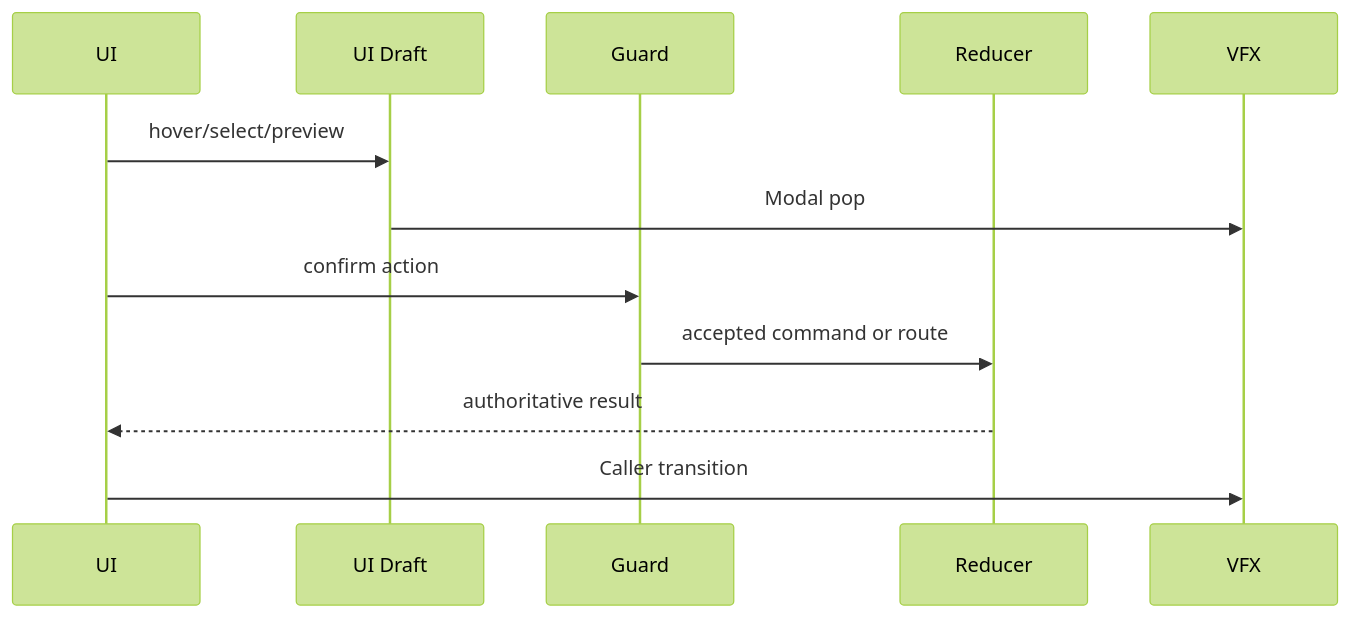
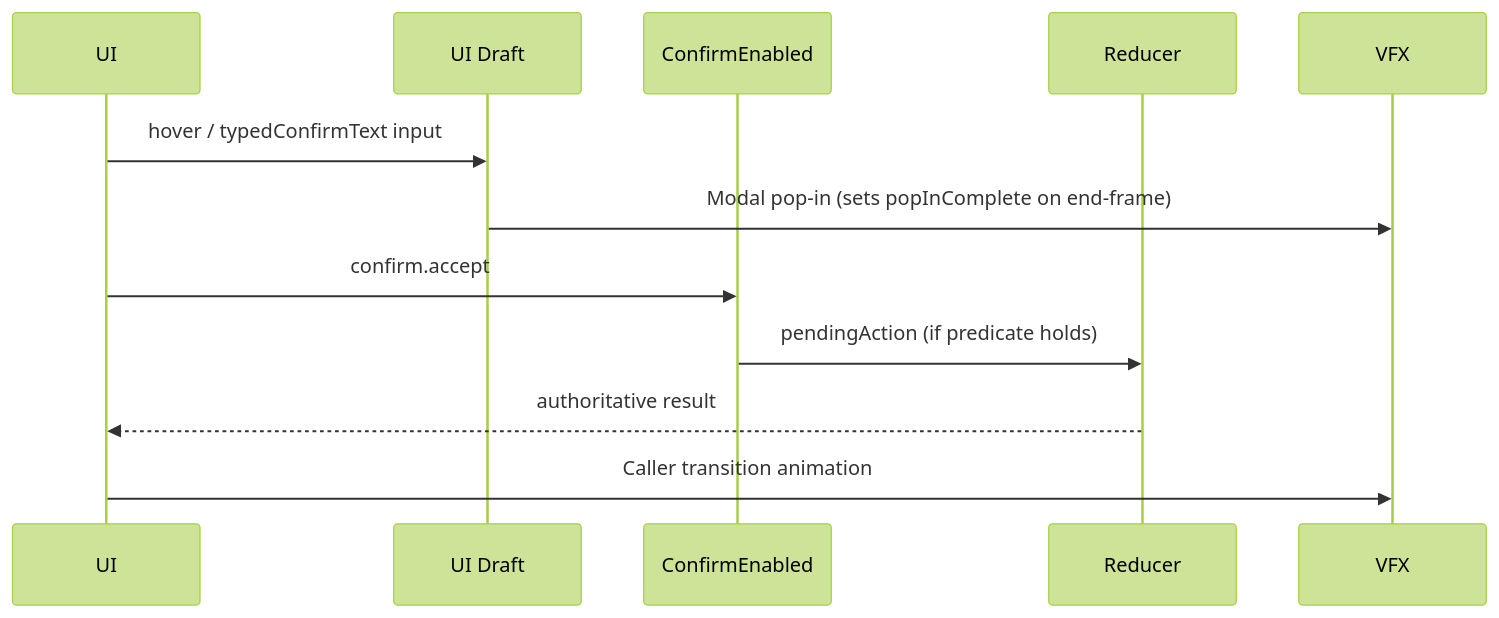
One commit to SunaNoOshiro/Heroes_Reforged_AI_Realms changed the fourth of 6 diagrams in docs/architecture/wiki/screens/60-confirmation-dialog/architecture.md. Above: the diagram before and after it, drawn with Mermaid (forest theme). The commit also changed other lines of this file and 518 other files, not shown here.

First line of the commit message:
Add doc-audit skill and sweep architecture/screen docs

````diff
--- a/docs/architecture/wiki/screens/60-confirmation-dialog/architecture.md
+++ b/docs/architecture/wiki/screens/60-confirmation-dialog/architecture.md
@@ -50,14 +58,14 @@
 ```mermaid
 sequenceDiagram
   participant UI
   participant Draft as UI Draft
-  participant Guard
+  participant Guard as ConfirmEnabled
   participant Reducer
   participant VFX
-  UI->>Draft: hover/select/preview
-  Draft->>VFX: Modal pop
-  UI->>Guard: confirm action
-  Guard->>Reducer: accepted command or route
+  UI->>Draft: hover / typedConfirmText input
+  Draft->>VFX: Modal pop-in (sets popInComplete on end-frame)
+  UI->>Guard: confirm.accept
+  Guard->>Reducer: pendingAction (if predicate holds)
   Reducer-->>UI: authoritative result
-  UI->>VFX: Caller transition
+  UI->>VFX: Caller transition animation
 ```
````
